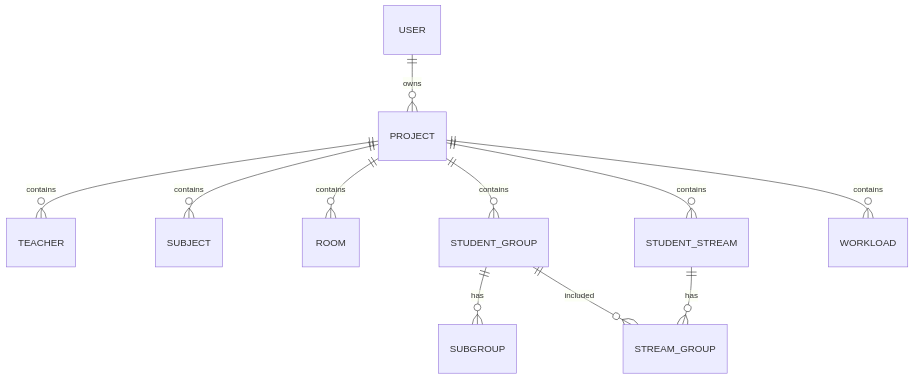
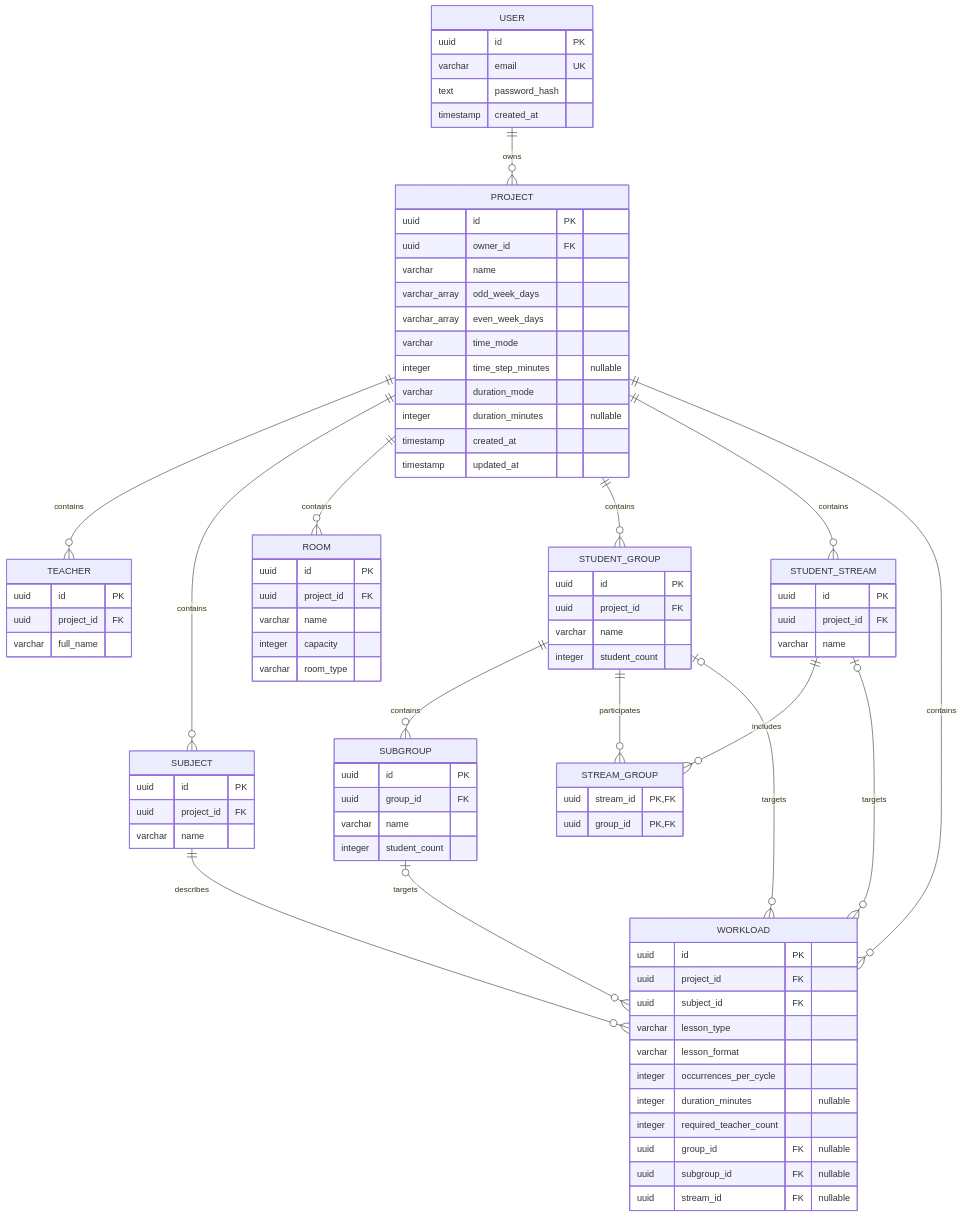
Before and after one commit to User1235321/Lessons-schedules-service: the fourth of 8 diagrams in docs/HLD.md, drawn with Mermaid. The commit also changed other lines of this file, not shown here.

Commit message:
docs(hld): детализирована ER-модель с полями и ограничениями

````diff
--- a/docs/HLD.md
+++ b/docs/HLD.md
@@ -423,5 +427,4 @@
-```mermaid
-%%{init: {"er": {"useMaxWidth": false}, "themeVariables": {"fontSize": "17px"}}}%%
+~~~mermaid
 erDiagram
     USER ||--o{ PROJECT : owns
     PROJECT ||--o{ TEACHER : contains
@@ -430,7 +433,82 @@
     PROJECT ||--o{ STUDENT_GROUP : contains
     PROJECT ||--o{ STUDENT_STREAM : contains
     PROJECT ||--o{ WORKLOAD : contains
-    STUDENT_GROUP ||--o{ SUBGROUP : has
-    STUDENT_STREAM ||--o{ STREAM_GROUP : has
-    STUDENT_GROUP ||--o{ STREAM_GROUP : included
-```
+    STUDENT_GROUP ||--o{ SUBGROUP : contains
+    STUDENT_STREAM ||--o{ STREAM_GROUP : includes
+    STUDENT_GROUP ||--o{ STREAM_GROUP : participates
+    SUBJECT ||--o{ WORKLOAD : describes
+    STUDENT_GROUP |o--o{ WORKLOAD : targets
+    SUBGROUP |o--o{ WORKLOAD : targets
+    STUDENT_STREAM |o--o{ WORKLOAD : targets
+
+    USER {
+        uuid id PK
+        varchar email UK
+        text password_hash
+        timestamp created_at
+    }
+    PROJECT {
+        uuid id PK
+        uuid owner_id FK
+        varchar name
+        varchar_array odd_week_days
+        varchar_array even_week_days
+        varchar time_mode
+        integer time_step_minutes "nullable"
+        varchar duration_mode
+        integer duration_minutes "nullable"
+        timestamp created_at
+        timestamp updated_at
+    }
+    TEACHER {
+        uuid id PK
+        uuid project_id FK
+        varchar full_name
+    }
+    SUBJECT {
+        uuid id PK
+        uuid project_id FK
+        varchar name
+    }
+    ROOM {
+        uuid id PK
+        uuid project_id FK
+        varchar name
+        integer capacity
+        varchar room_type
+    }
+    STUDENT_GROUP {
+        uuid id PK
+        uuid project_id FK
+        varchar name
+        integer student_count
+    }
+    SUBGROUP {
+        uuid id PK
+        uuid group_id FK
+        varchar name
+        integer student_count
+    }
+    STUDENT_STREAM {
+        uuid id PK
+        uuid project_id FK
+        varchar name
+    }
+    STREAM_GROUP {
+        uuid stream_id PK,FK
+        uuid group_id PK,FK
+    }
+    WORKLOAD {
+        uuid id PK
+        uuid project_id FK
+        uuid subject_id FK
+        varchar lesson_type
+        varchar lesson_format
+        integer occurrences_per_cycle
+        integer duration_minutes "nullable"
+        integer required_teacher_count
+        uuid group_id FK "nullable"
+        uuid subgroup_id FK "nullable"
+        uuid stream_id FK "nullable"
+    }
+~~~
````
